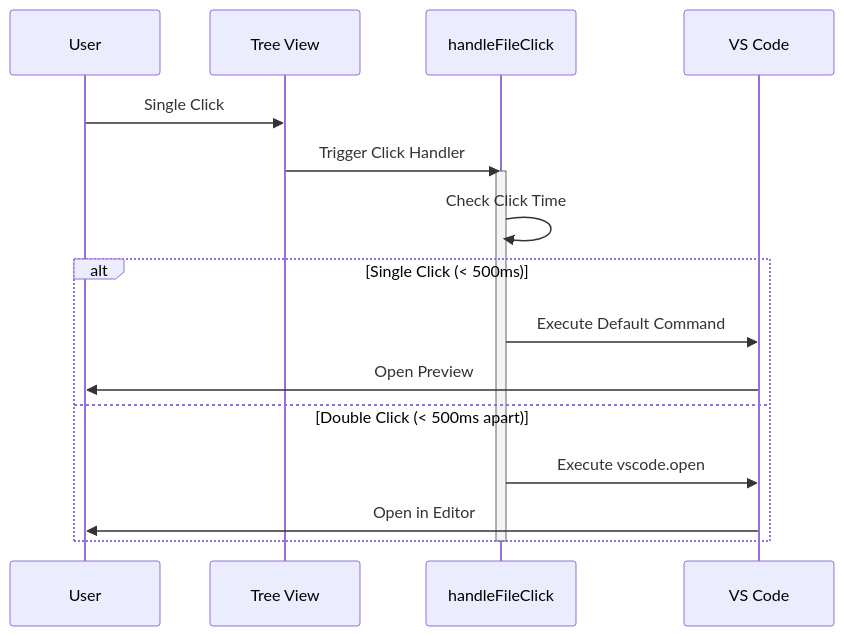
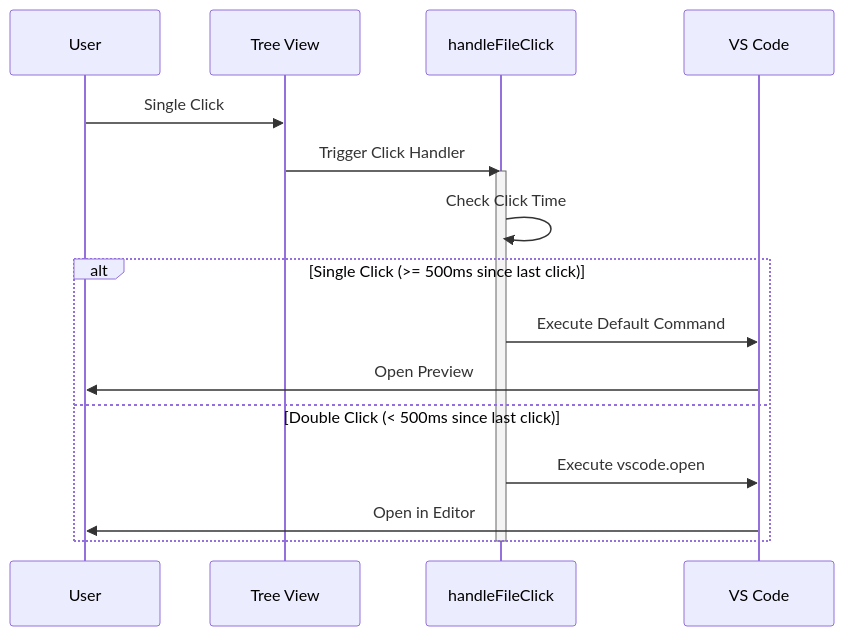
One commit to AlexJSully/workspace-wiki changed the diagram in docs/architecture/preview-controller.md. Above: the diagram before and after it, drawn with Mermaid. The commit also changed other lines of this file and 12 other files, not shown here.

````diff
--- a/docs/architecture/preview-controller.md
+++ b/docs/architecture/preview-controller.md
@@ -45,19 +48,21 @@
 ```mermaid
 sequenceDiagram
+	accTitle: File Open Double-Click Detection Flow
+	accDescr: Shows how a user click on a tree item is handled - single clicks (gap >= 500ms since last click) open the file in preview mode, while double clicks (gap < 500ms) open the file in the editor.
 	participant User as User
 	participant Tree as Tree View
 	participant Handler as handleFileClick
 	participant Command as VS Code
 	User->>Tree: Single Click
 	Tree->>Handler: Trigger Click Handler
 	activate Handler
 	Handler->>Handler: Check Click Time
-	alt Single Click (< 500ms)
+	alt Single Click (>= 500ms since last click)
 		Handler->>Command: Execute Default Command
 		Command->>User: Open Preview
-	else Double Click (< 500ms apart)
+	else Double Click (< 500ms since last click)
 		Handler->>Command: Execute vscode.open
 		Command->>User: Open in Editor
 	end
 	deactivate Handler
 ```
````
